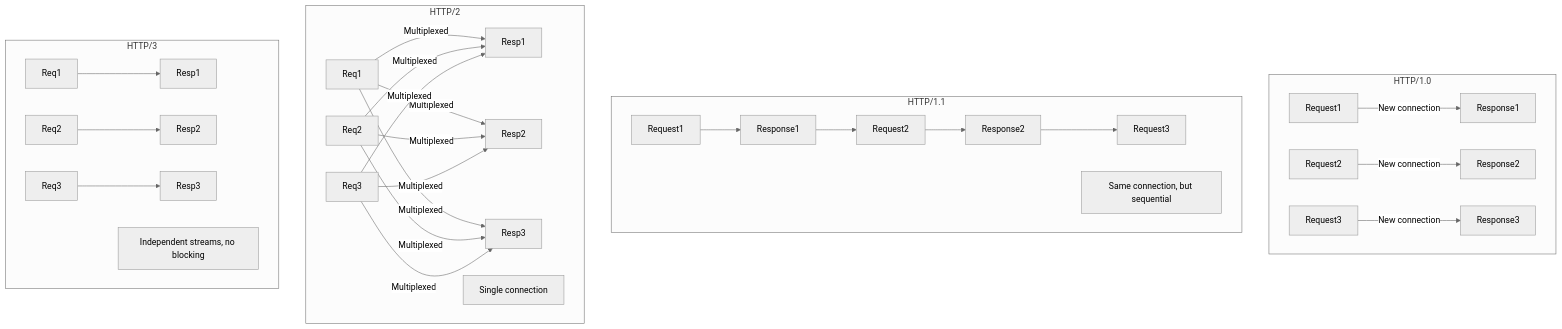
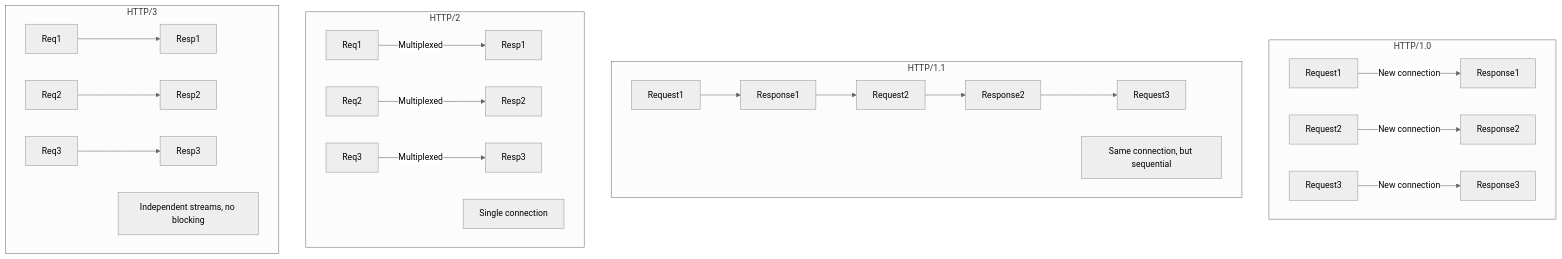
The diagram in Phase-02-Networking-Edge-Layer/03-http-evolution.md (Prateeshtalasu/SystemDesignGuide), drawn with Mermaid (neutral theme) before and after one commit. The commit also changed 171 other files, not shown here.

Commit message:
Convert ASCII diagrams to Mermaid in Phase-08-Low-Level-Design - Converted 2 ASCII diagrams (library-management state transition, elevator-system class diagram) to Mermaid - Validated all 100 existing Mermaid diagrams - Wrapped ASCII diagrams in collapsible details blocks for reference

````diff
--- a/Phase-02-Networking-Edge-Layer/03-http-evolution.md
+++ b/Phase-02-Networking-Edge-Layer/03-http-evolution.md
@@ -109,28 +109,30 @@
 ```mermaid
 flowchart TD
     subgraph HTTP10["HTTP/1.0"]
         R1["Request1"] -->|"New connection"| Res1["Response1"]
         R2["Request2"] -->|"New connection"| Res2["Response2"]
         R3["Request3"] -->|"New connection"| Res3["Response3"]
     end
     
     subgraph HTTP11["HTTP/1.1"]
         R1_1["Request1"] --> Res1_1["Response1"]
         Res1_1 --> R2_1["Request2"]
         R2_1 --> Res2_1["Response2"]
         Res2_1 --> R3_1["Request3"]
         Note1["Same connection, but sequential"]
     end
     
     subgraph HTTP2["HTTP/2"]
-        R1_2["Req1"] & R2_2["Req2"] & R3_2["Req3"] -->|"Multiplexed"| Res1_2["Resp1"] & Res2_2["Resp2"] & Res3_2["Resp3"]
+        R1_2["Req1"] -->|"Multiplexed"| Res1_2["Resp1"]
+        R2_2["Req2"] -->|"Multiplexed"| Res2_2["Resp2"]
+        R3_2["Req3"] -->|"Multiplexed"| Res3_2["Resp3"]
         Note2["Single connection"]
     end
     
     subgraph HTTP3["HTTP/3"]
         R1_3["Req1"] --> Res1_3["Resp1"]
         R2_3["Req2"] --> Res2_3["Resp2"]
         R3_3["Req3"] --> Res3_3["Resp3"]
         Note3["Independent streams, no blocking"]
     end
 ```
````
